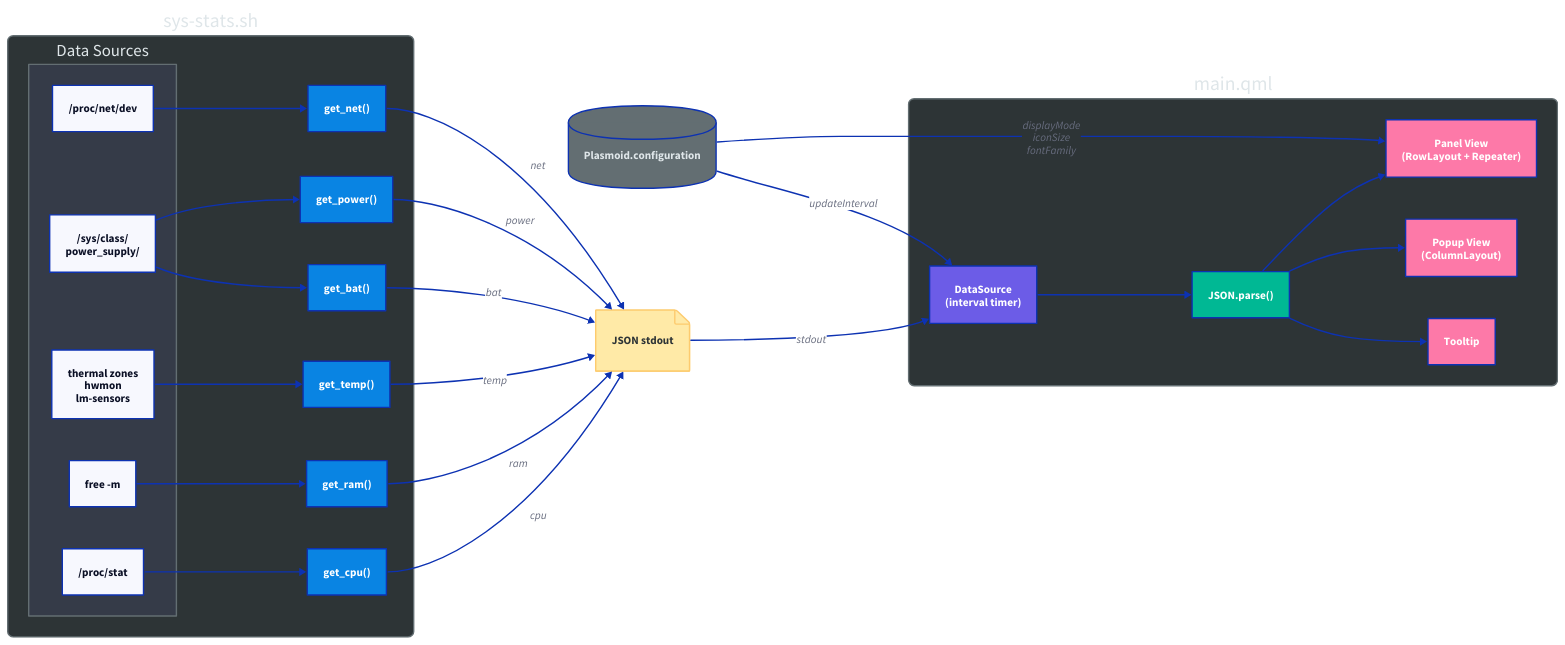
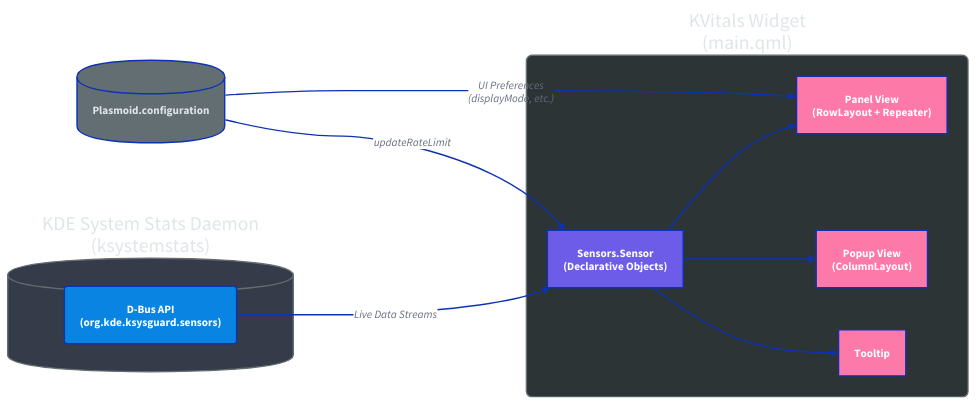
Before and after one commit to yassine20011/kvitals: the diagram in dataflow.d2, drawn with D2. The commit also changed 19 other files, not shown here.

```diff
--- a/dataflow.d2
+++ b/dataflow.d2
@@ -1,99 +1,58 @@
 direction: right
 
-script: "sys-stats.sh" {
+ksystemstats: "KDE System Stats Daemon\n(ksystemstats)" {
+  shape: cylinder
+  style.fill: "#353b48"
+  style.font-color: "#dfe6e9"
+  style.stroke: "#636e72"
+
+  api: "D-Bus API\n(org.kde.ksysguard.sensors)" {
+    shape: rectangle
+    style.fill: "#0984e3"
+    style.font-color: "#fff"
+    style.border-radius: 4
+  }
+}
+
+widget: "KVitals Widget\n(main.qml)" {
   shape: rectangle
   style.fill: "#2d3436"
   style.font-color: "#dfe6e9"
   style.stroke: "#636e72"
   style.border-radius: 8
 
-  sources: "Data Sources" {
-    shape: rectangle
-    style.fill: "#353b48"
-    style.font-color: "#dfe6e9"
-    style.stroke: "#636e72"
-
-    proc_stat: "/proc/stat"
-    free_cmd: "free -m"
-    thermal: "thermal zones\nhwmon\nlm-sensors"
-    power_supply: "/sys/class/\npower_supply/"
-    proc_net: "/proc/net/dev"
-  }
-
-  cpu_fn: "get_cpu()" { style.fill: "#0984e3"; style.font-color: "#fff" }
-  ram_fn: "get_ram()" { style.fill: "#0984e3"; style.font-color: "#fff" }
-  temp_fn: "get_temp()" { style.fill: "#0984e3"; style.font-color: "#fff" }
-  bat_fn: "get_bat()" { style.fill: "#0984e3"; style.font-color: "#fff" }
-  pwr_fn: "get_power()" { style.fill: "#0984e3"; style.font-color: "#fff" }
-  net_fn: "get_net()" { style.fill: "#0984e3"; style.font-color: "#fff" }
-
-  sources.proc_stat -> cpu_fn
-  sources.free_cmd -> ram_fn
-  sources.thermal -> temp_fn
-  sources.power_supply -> bat_fn
-  sources.power_supply -> pwr_fn
-  sources.proc_net -> net_fn
-}
-
-json_out: "JSON stdout" {
-  shape: page
-  style.fill: "#ffeaa7"
-  style.font-color: "#2d3436"
-  style.stroke: "#fdcb6e"
-}
-
-script.cpu_fn -> json_out: cpu
-script.ram_fn -> json_out: ram
-script.temp_fn -> json_out: temp
-script.bat_fn -> json_out: bat
-script.pwr_fn -> json_out: power
-script.net_fn -> json_out: net
-
-widget: "main.qml" {
-  shape: rectangle
-  style.fill: "#2d3436"
-  style.font-color: "#dfe6e9"
-  style.stroke: "#636e72"
-  style.border-radius: 8
-
-  datasource: "DataSource\n(interval timer)" {
+  sensors: "Sensors.Sensor\n(Declarative Objects)" {
     style.fill: "#6c5ce7"
-    style.font-color: "#fff"
-  }
-
-  parser: "JSON.parse()" {
-    style.fill: "#00b894"
     style.font-color: "#fff"
   }
 
   compact: "Panel View\n(RowLayout + Repeater)" {
     style.fill: "#fd79a8"
     style.font-color: "#fff"
   }
 
   popup: "Popup View\n(ColumnLayout)" {
     style.fill: "#fd79a8"
     style.font-color: "#fff"
   }
 
   ttip: "Tooltip" {
     style.fill: "#fd79a8"
     style.font-color: "#fff"
   }
 
-  datasource -> parser
-  parser -> compact
-  parser -> popup
-  parser -> ttip
+  sensors -> compact
+  sensors -> popup
+  sensors -> ttip
 }
 
-json_out -> widget.datasource: stdout
+ksystemstats.api -> widget.sensors: "Live Data Streams"
 
 plasmoid_config: "Plasmoid.configuration" {
   shape: cylinder
   style.fill: "#636e72"
   style.font-color: "#dfe6e9"
 }
 
-plasmoid_config -> widget.compact: "displayMode\niconSize\nfontFamily"
-plasmoid_config -> widget.datasource: updateInterval
+plasmoid_config -> widget.compact: "UI Preferences\n(displayMode, etc.)"
+plasmoid_config -> widget.sensors: "updateRateLimit"
```
